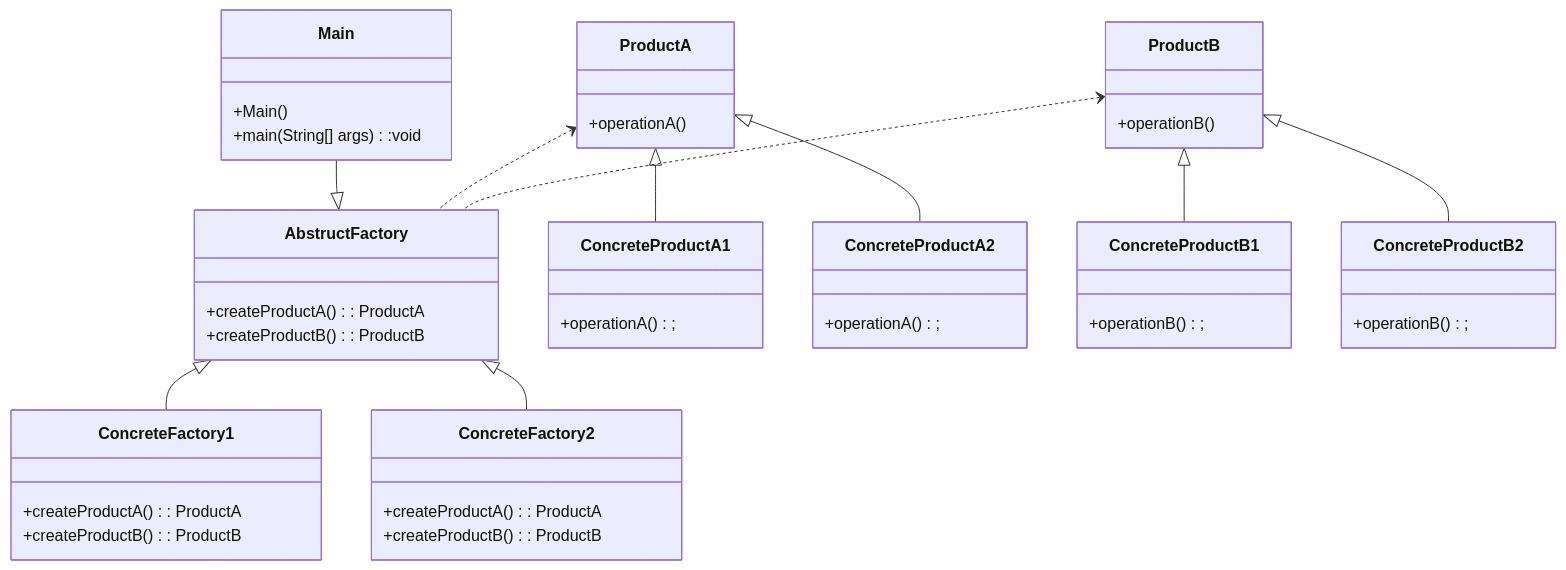
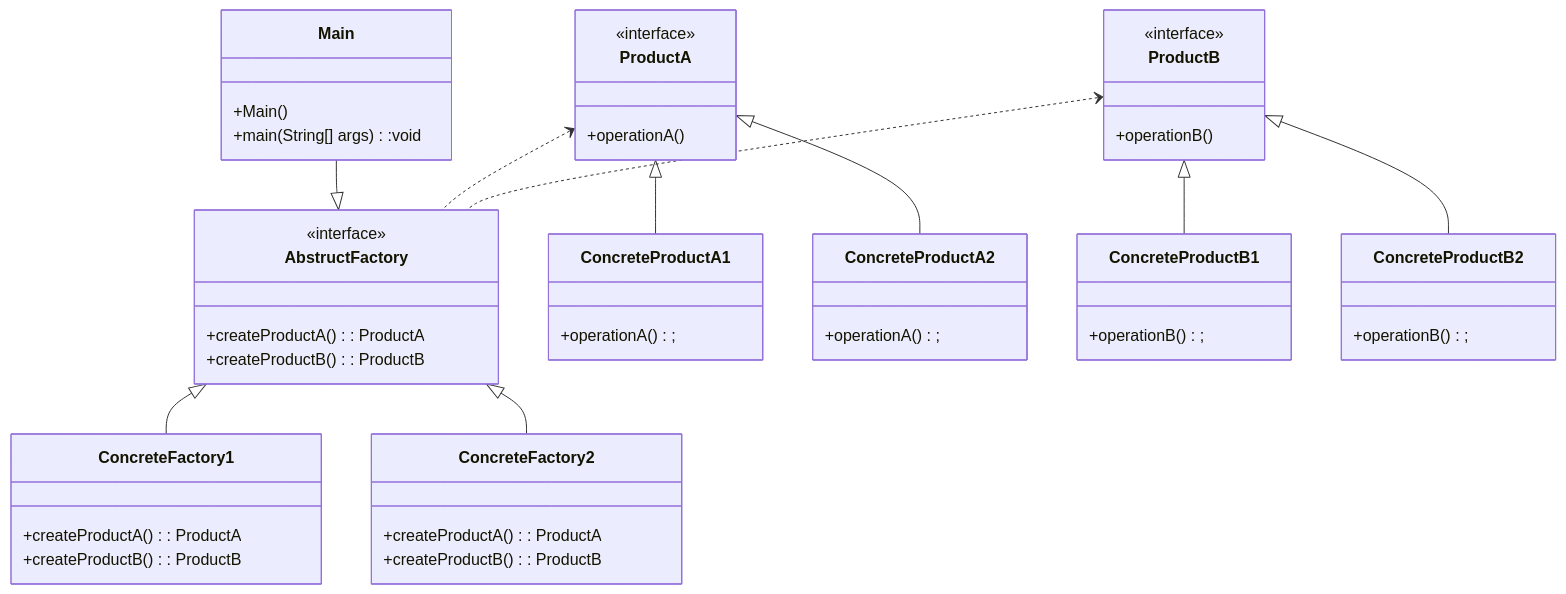
Before and after one commit to whereisfarukk/Studymaterial: the diagram in Semester 3-1/Software Architecture and design pattern/DesignPattern/src/Creational_design_pattern/Abstruct_Factory/README.md, drawn with Mermaid.

````diff
--- a/Semester 3-1/Software Architecture and design pattern/DesignPattern/src/Creational_design_pattern/Abstruct_Factory/README.md
+++ b/Semester 3-1/Software Architecture and design pattern/DesignPattern/src/Creational_design_pattern/Abstruct_Factory/README.md
@@ -1,46 +1,49 @@
 ```mermaid
-classDiagram
+classDiagram 
 Main--|>AbstructFactory
 AbstructFactory <|-- ConcreteFactory1
 AbstructFactory <|-- ConcreteFactory2
 ProductA <.. AbstructFactory
 ProductB <.. AbstructFactory
 ProductA <|-- ConcreteProductA1
 ProductA <|-- ConcreteProductA2
 ProductB <|-- ConcreteProductB1
 ProductB <|-- ConcreteProductB2
 class AbstructFactory{
+<<interface>>
 +createProductA(): ProductA
 +createProductB(): ProductB
 }
 class ConcreteFactory1{
 +createProductA(): ProductA
 +createProductB(): ProductB
 }
 class ConcreteFactory2{
 +createProductA(): ProductA
 +createProductB(): ProductB
 }
 class ProductA{
+<<interface>>
 +operationA()
 }
 class ProductB{
+<<interface>>
 +operationB()
 }
 class ConcreteProductA1{
 +operationA();
 }
 class ConcreteProductA2{
 +operationA();
 }
 class ConcreteProductB1{
 +operationB();
 }
 class ConcreteProductB2{
 +operationB();
 }
 class Main{
 +Main()
 +main(String[] args):void
 }
 ```
````
